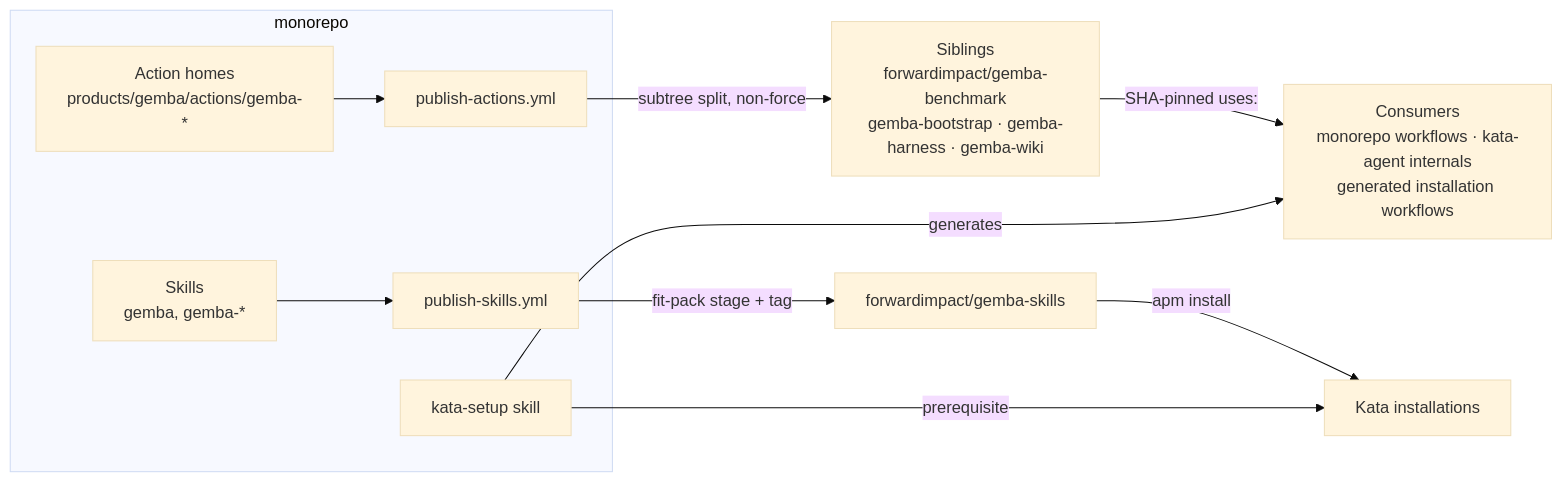
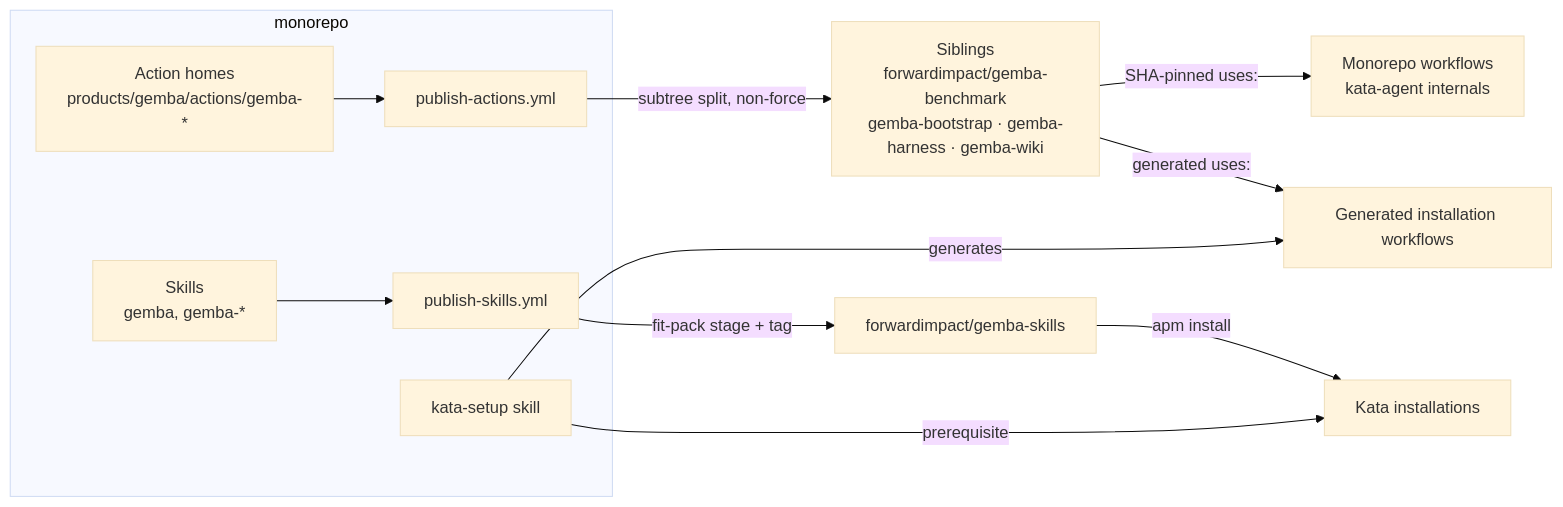
One commit to forwardimpact/monorepo changed the diagram in specs/2280-gemba-action-prefix-skills-pack/design-a.md. Above: the diagram before and after it, drawn with Mermaid (base theme). The commit also changed other lines of this file and 1 other file, not shown here.

````diff
--- a/specs/2280-gemba-action-prefix-skills-pack/design-a.md
+++ b/specs/2280-gemba-action-prefix-skills-pack/design-a.md
@@ -11,18 +11,19 @@
 ```mermaid
 graph LR
     subgraph monorepo
         H["Action homes<br/>products/gemba/actions/gemba-*"]
         S["Skills<br/>gemba, gemba-*"]
         PA["publish-actions.yml"]
         PS["publish-skills.yml"]
         KS["kata-setup skill"]
     end
     H --> PA
     PA -->|"subtree split, non-force"| SIB["Siblings<br/>forwardimpact/gemba-benchmark<br/>gemba-bootstrap · gemba-harness · gemba-wiki"]
     S --> PS
     PS -->|"fit-pack stage + tag"| PACK["forwardimpact/gemba-skills"]
-    SIB -->|"SHA-pinned uses:"| CON["Consumers<br/>monorepo workflows · kata-agent internals<br/>generated installation workflows"]
+    SIB -->|"SHA-pinned uses:"| CON["Monorepo workflows<br/>kata-agent internals"]
+    SIB -->|"generated uses:"| GEN["Generated installation workflows"]
     PACK -->|"apm install"| INST["Kata installations"]
-    KS -->|"generates"| CON
+    KS -->|"generates"| GEN
     KS -->|"prerequisite"| INST
 ```
````
